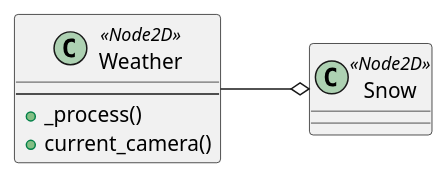
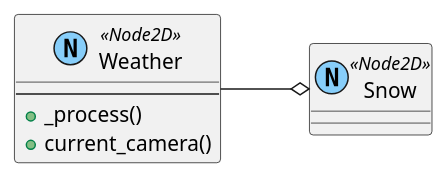
The diagram in content/scenes/src/stages/weather/weather.tscn.adoc (tkmfujise/Platformer-Game-Learning), drawn with PlantUML before and after one commit. The commit also changed 69 other files, not shown here.

Commit message:
Change scene diagram class color

```diff
--- a/content/scenes/src/stages/weather/weather.tscn.adoc
+++ b/content/scenes/src/stages/weather/weather.tscn.adoc
@@ -9,13 +9,13 @@
 [plantuml]
 ....
-class ROOT as "Weather" <<Node2D>> {
+class ROOT as "Weather" <<(N,lightskyblue) Node2D>> {
 ---
   + _process()
   + current_camera()
 }
-class Snow as "Snow" <<Node2D>> {
+class Snow as "Snow" <<(N,lightskyblue) Node2D>> {
 }
 ROOT --o Snow
 left to right direction
 
 ....
```
